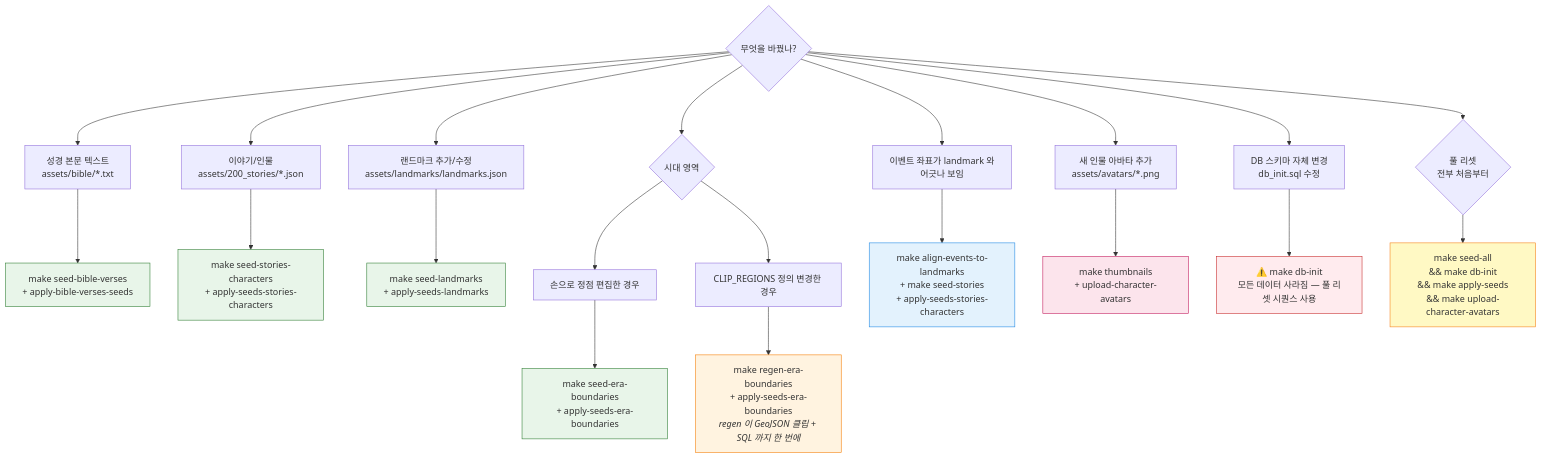
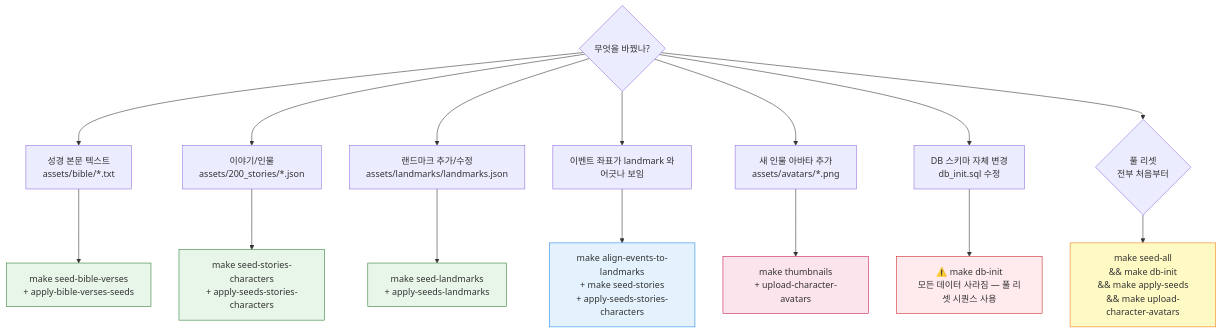
The fourth of 5 diagrams in docs/guides/WORKFLOW_GUIDE.md (brand-i-admin/story_bible), drawn with Mermaid before and after one commit. The commit also changed other lines of this file and 35 other files, not shown here.

````diff
--- a/docs/guides/WORKFLOW_GUIDE.md
+++ b/docs/guides/WORKFLOW_GUIDE.md
@@ -411,41 +381,33 @@
 ```mermaid
 flowchart TD
     Q{무엇을 바꿨나?}
 
     Q --> S1[성경 본문 텍스트<br/>assets/bible/*.txt]
     S1 --> C1[make seed-bible-verses<br/>+ apply-bible-verses-seeds]
 
     Q --> S2[이야기/인물<br/>assets/200_stories/*.json]
     S2 --> C2[make seed-stories-characters<br/>+ apply-seeds-stories-characters]
 
     Q --> S3[랜드마크 추가/수정<br/>assets/landmarks/landmarks.json]
     S3 --> C3[make seed-landmarks<br/>+ apply-seeds-landmarks]
-
-    Q --> S4{시대 영역}
-    S4 --> S4a[손으로 정점 편집한 경우]
-    S4a --> C4a[make seed-era-boundaries<br/>+ apply-seeds-era-boundaries]
-    S4 --> S4b[CLIP_REGIONS 정의 변경한 경우]
-    S4b --> C4b[make regen-era-boundaries<br/>+ apply-seeds-era-boundaries<br/><i>regen 이 GeoJSON 클립 + SQL 까지 한 번에</i>]
 
     Q --> S5[이벤트 좌표가 landmark 와<br/>어긋나 보임]
     S5 --> C5[make align-events-to-landmarks<br/>+ make seed-stories<br/>+ apply-seeds-stories-characters]
 
     Q --> S6[새 인물 아바타 추가<br/>assets/avatars/*.png]
     S6 --> C6[make thumbnails<br/>+ upload-character-avatars]
 
     Q --> S7[DB 스키마 자체 변경<br/>db_init.sql 수정]
     S7 --> C7[⚠️ make db-init<br/>모든 데이터 사라짐 — 풀 리셋 시퀀스 사용]
 
     Q --> S8{풀 리셋<br/>전부 처음부터}
     S8 --> C8[make seed-all<br/>&& make db-init<br/>&& make apply-seeds<br/>&& make upload-character-avatars]
 
     style C1 fill:#E8F5E9,stroke:#2E7D32
     style C2 fill:#E8F5E9,stroke:#2E7D32
     style C3 fill:#E8F5E9,stroke:#2E7D32
-    style C4a fill:#E8F5E9,stroke:#2E7D32
-    style C4b fill:#FFF3E0,stroke:#F57C00
     style C5 fill:#E3F2FD,stroke:#1E88E5
     style C6 fill:#FCE4EC,stroke:#C2185B
     style C7 fill:#FFEBEE,stroke:#C62828
     style C8 fill:#FFF9C4,stroke:#F57F17
 ```
````
